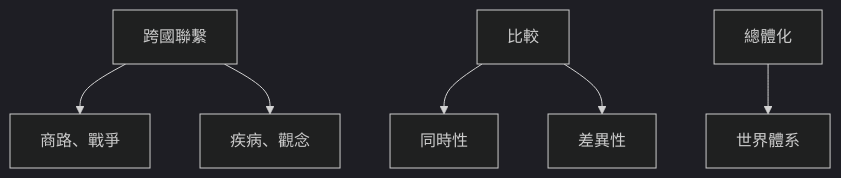
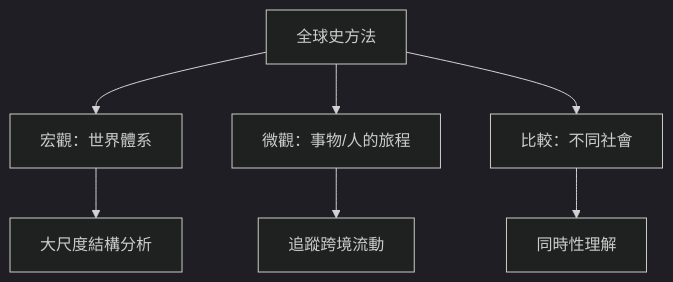
The first of 10 diagrams in 01_HKU_Courses/HIST2233_Globalizing_History.md (yip-lgtm/HKU-Harvard-History-Self-Study), drawn with Mermaid (dark theme) before and after one commit. The commit also changed other lines of this file and 65 other files, not shown here.

````diff
--- a/01_HKU_Courses/HIST2233_Globalizing_History.md
+++ b/01_HKU_Courses/HIST2233_Globalizing_History.md
@@ -74,8 +129,9 @@
 ```mermaid
 flowchart TD
-    A[跨國聯繫] --> B[商路、戰爭]
-    A --> C[疾病、觀念]
-    D[比較] --> E[同時性]
-    D --> F[差異性]
-    G[總體化] --> H[世界體系]
+    A[全球史方法] --> B[宏觀：世界體系]
+    A --> C[微觀：事物/人的旅程]
+    A --> D[比較：不同社會]
+    B --> E[大尺度結構分析]
+    C --> F[追蹤跨境流動]
+    D --> G[同時性理解]
 ```
````
